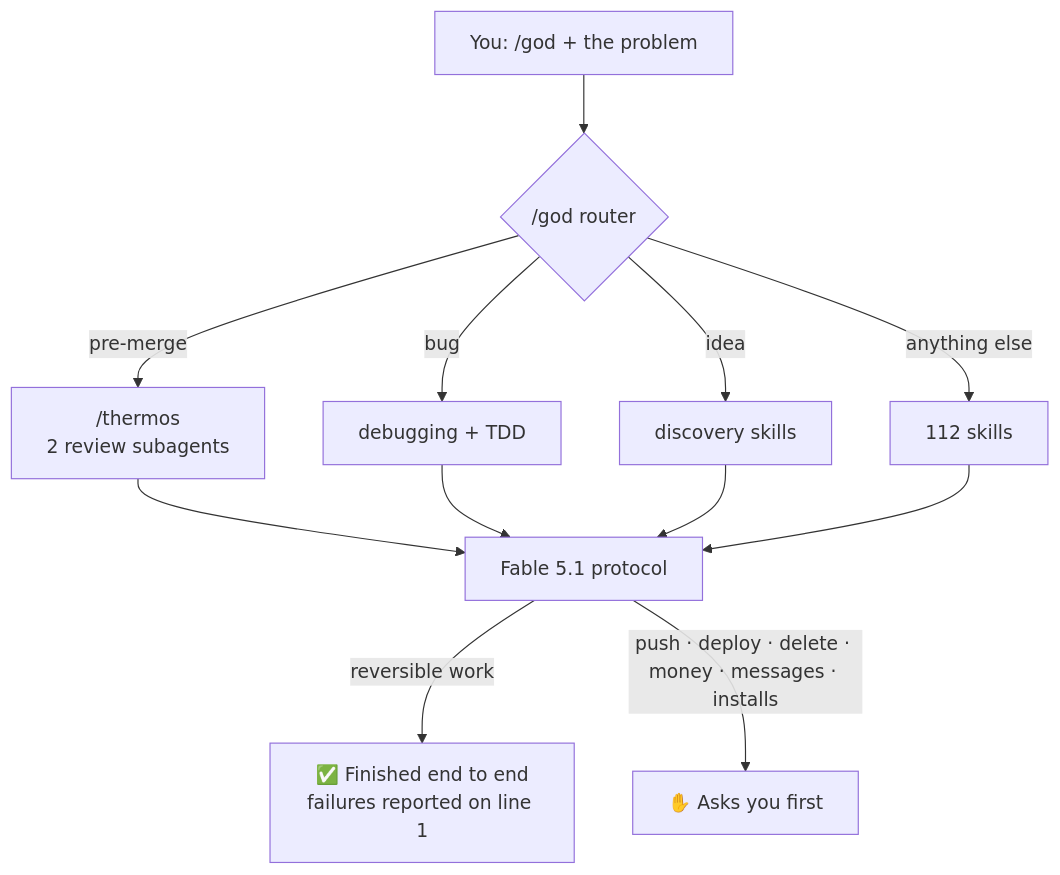
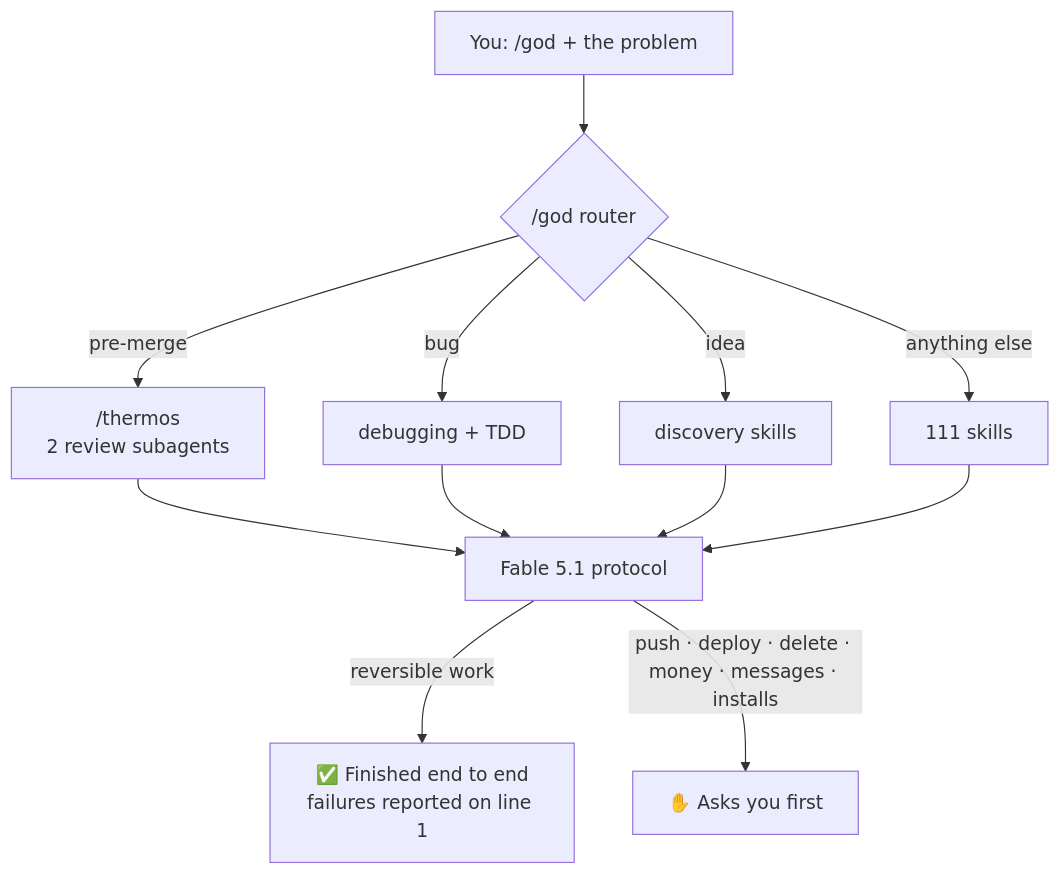
One commit to Gastonchevarria/god-mode changed the diagram in README.md. Above: the diagram before and after it, drawn with Mermaid. The commit also changed other lines of this file and 16 other files, not shown here.

````diff
--- a/README.md
+++ b/README.md
@@ -123,14 +124,14 @@
 ```mermaid
 flowchart TD
     U["You: /god + the problem"] --> R{"/god router"}
     R -->|pre-merge| T["/thermos<br/>2 review subagents"]
     R -->|bug| D["debugging + TDD"]
     R -->|idea| V["discovery skills"]
-    R -->|anything else| S["112 skills"]
+    R -->|anything else| S["111 skills"]
     T --> P["Fable 5.1 protocol"]
     D --> P
     V --> P
     S --> P
     P -->|reversible work| F["✅ Finished end to end<br/>failures reported on line 1"]
     P -->|push · deploy · delete · money · messages · installs| A["✋ Asks you first"]
 ```
````
